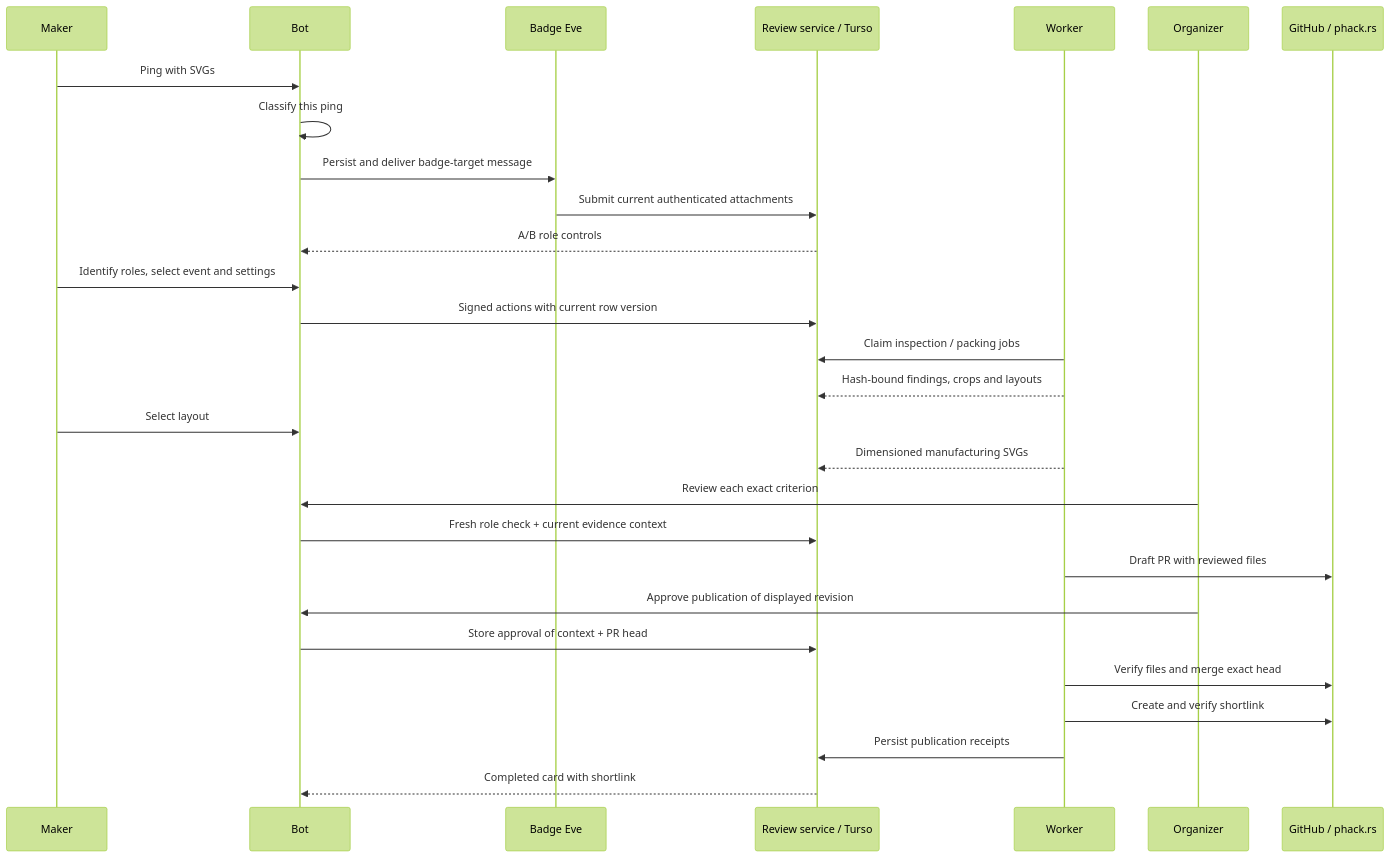
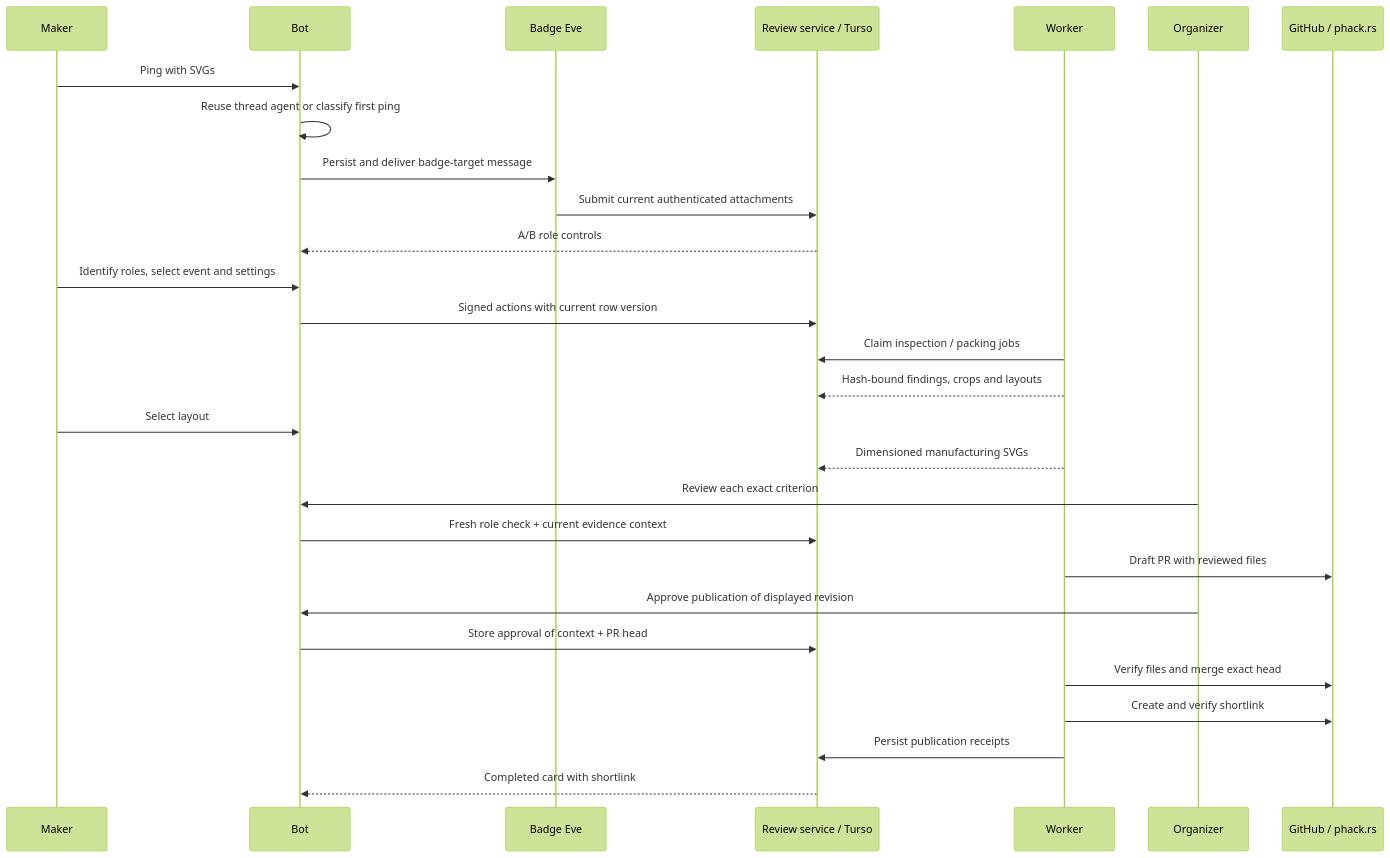
The second of 2 diagrams in docs/badge-review.md (purduehackers/wack-hacker), drawn with Mermaid (forest theme) before and after one commit. The commit also changed other lines of this file and 3 other files, not shown here.

Commit message:
fix: reuse the assigned agent in bot threads

````diff
--- a/docs/badge-review.md
+++ b/docs/badge-review.md
@@ -60,30 +65,30 @@
 ```mermaid
 sequenceDiagram
   participant Maker
   participant Bot
   participant Badge as Badge Eve
   participant Review as Review service / Turso
   participant Worker
   participant Human as Organizer
   participant Git as GitHub / phack.rs
   Maker->>Bot: Ping with SVGs
-  Bot->>Bot: Classify this ping
+  Bot->>Bot: Reuse thread agent or classify first ping
   Bot->>Badge: Persist and deliver badge-target message
   Badge->>Review: Submit current authenticated attachments
   Review-->>Bot: A/B role controls
   Maker->>Bot: Identify roles, select event and settings
   Bot->>Review: Signed actions with current row version
   Worker->>Review: Claim inspection / packing jobs
   Worker-->>Review: Hash-bound findings, crops and layouts
   Maker->>Bot: Select layout
   Worker-->>Review: Dimensioned manufacturing SVGs
   Human->>Bot: Review each exact criterion
   Bot->>Review: Fresh role check + current evidence context
   Worker->>Git: Draft PR with reviewed files
   Human->>Bot: Approve publication of displayed revision
   Bot->>Review: Store approval of context + PR head
   Worker->>Git: Verify files and merge exact head
   Worker->>Git: Create and verify shortlink
   Worker->>Review: Persist publication receipts
   Review-->>Bot: Completed card with shortlink
 ```
````
